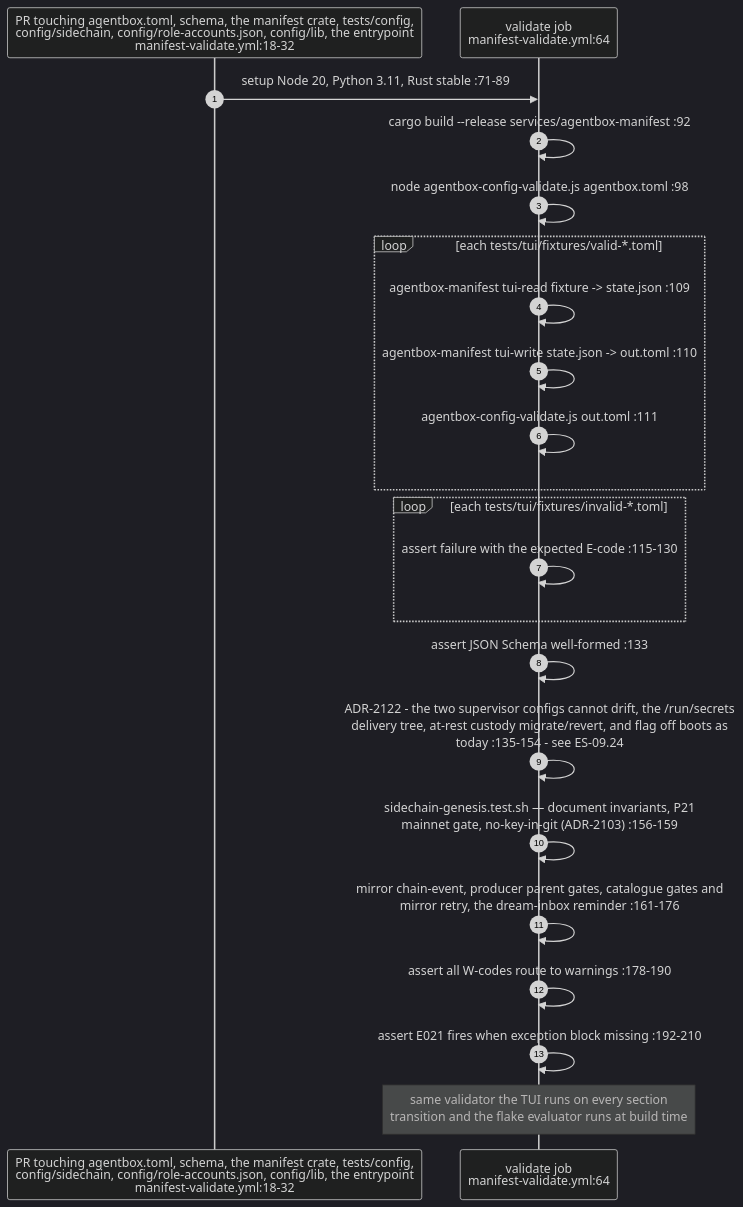
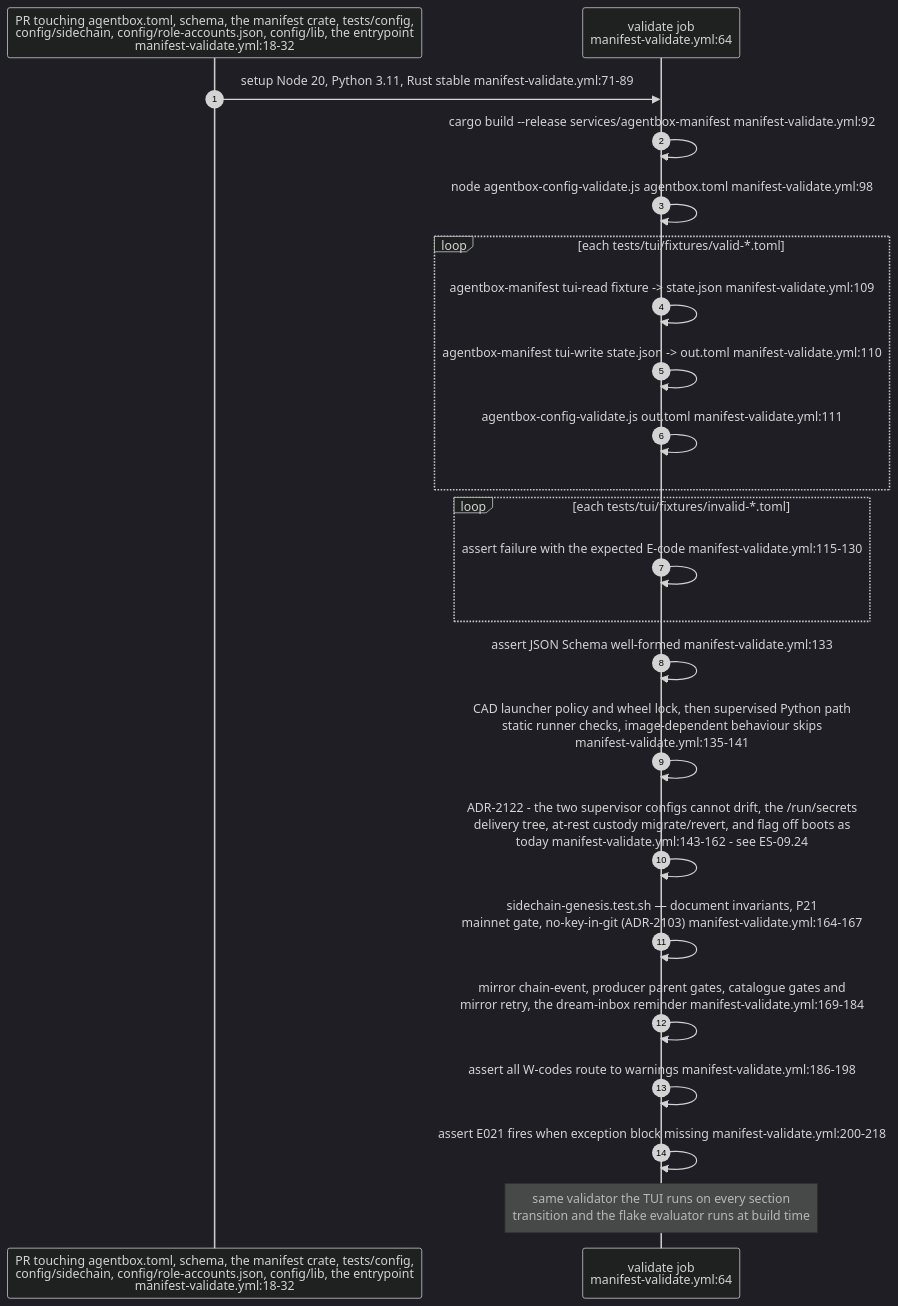
Before and after one commit to DreamLab-AI/VisionFlow: diagram 17 of 24 in docs/diagrams/estate/09-build-deploy-and-ci-estate.md, drawn with Mermaid (dark theme). The commit also changed other lines of this file and 5 other files, not shown here.

````diff
--- a/docs/diagrams/estate/09-build-deploy-and-ci-estate.md
+++ b/docs/diagrams/estate/09-build-deploy-and-ci-estate.md
@@ -662,25 +664,26 @@
 ```mermaid
 sequenceDiagram
     autonumber
     participant GH as PR touching agentbox.toml, schema, the manifest crate, tests/config,<br/>config/sidechain, config/role-accounts.json, config/lib, the entrypoint<br/>manifest-validate.yml:18-32
     participant V as validate job<br/>manifest-validate.yml:64
 
-    GH->>V: setup Node 20, Python 3.11, Rust stable :71-89
-    V->>V: cargo build --release services/agentbox-manifest :92
-    V->>V: node agentbox-config-validate.js agentbox.toml :98
+    GH->>V: setup Node 20, Python 3.11, Rust stable manifest-validate.yml:71-89
+    V->>V: cargo build --release services/agentbox-manifest manifest-validate.yml:92
+    V->>V: node agentbox-config-validate.js agentbox.toml manifest-validate.yml:98
     loop each tests/tui/fixtures/valid-*.toml
-        V->>V: agentbox-manifest tui-read fixture -> state.json :109
-        V->>V: agentbox-manifest tui-write state.json -> out.toml :110
-        V->>V: agentbox-config-validate.js out.toml :111
+        V->>V: agentbox-manifest tui-read fixture -> state.json manifest-validate.yml:109
+        V->>V: agentbox-manifest tui-write state.json -> out.toml manifest-validate.yml:110
+        V->>V: agentbox-config-validate.js out.toml manifest-validate.yml:111
     end
     loop each tests/tui/fixtures/invalid-*.toml
-        V->>V: assert failure with the expected E-code :115-130
+        V->>V: assert failure with the expected E-code manifest-validate.yml:115-130
     end
-    V->>V: assert JSON Schema well-formed :133
-    V->>V: ADR-2122 - the two supervisor configs cannot drift, the /run/secrets<br/>delivery tree, at-rest custody migrate/revert, and flag off boots as<br/>today :135-154 - see ES-09.24
-    V->>V: sidechain-genesis.test.sh — document invariants, P21<br/>mainnet gate, no-key-in-git (ADR-2103) :156-159
-    V->>V: mirror chain-event, producer parent gates, catalogue gates and<br/>mirror retry, the dream-inbox reminder :161-176
-    V->>V: assert all W-codes route to warnings :178-190
-    V->>V: assert E021 fires when exception block missing :192-210
+    V->>V: assert JSON Schema well-formed manifest-validate.yml:133
+    V->>V: CAD launcher policy and wheel lock, then supervised Python path<br/>static runner checks, image-dependent behaviour skips<br/>manifest-validate.yml:135-141
+    V->>V: ADR-2122 - the two supervisor configs cannot drift, the /run/secrets<br/>delivery tree, at-rest custody migrate/revert, and flag off boots as<br/>today manifest-validate.yml:143-162 - see ES-09.24
+    V->>V: sidechain-genesis.test.sh — document invariants, P21<br/>mainnet gate, no-key-in-git (ADR-2103) manifest-validate.yml:164-167
+    V->>V: mirror chain-event, producer parent gates, catalogue gates and<br/>mirror retry, the dream-inbox reminder manifest-validate.yml:169-184
+    V->>V: assert all W-codes route to warnings manifest-validate.yml:186-198
+    V->>V: assert E021 fires when exception block missing manifest-validate.yml:200-218
     Note over V: same validator the TUI runs on every section<br/>transition and the flake evaluator runs at build time
 ```
````
